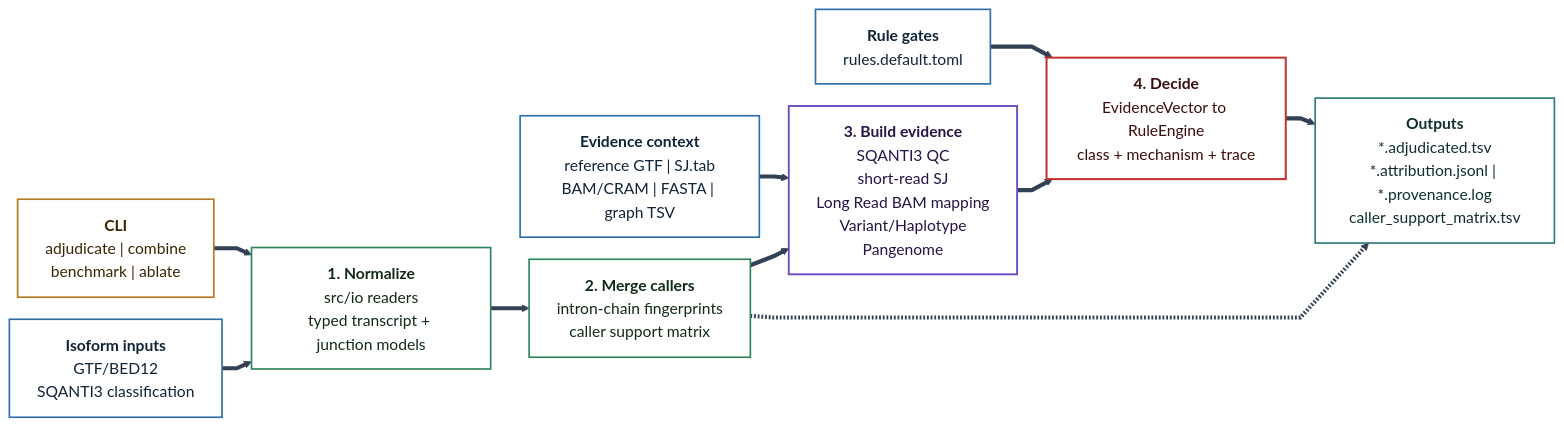
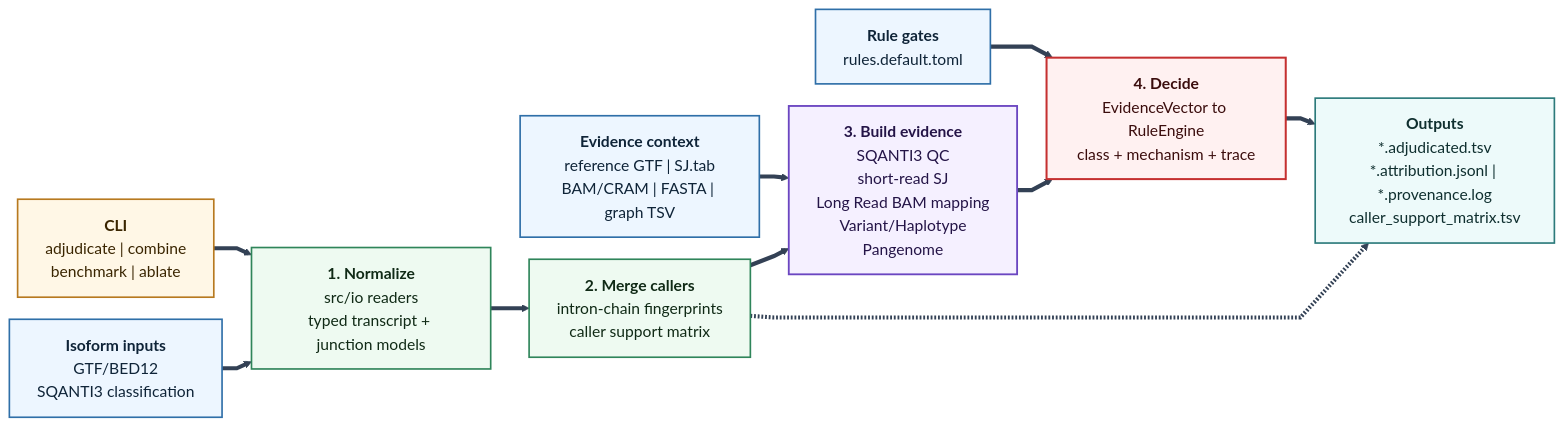
The diagram in README.md (jibeomko/PanIsoGuard), drawn with Mermaid before and after one commit.

Commit message:
docs: set architecture diagram canvas background

````diff
--- a/README.md
+++ b/README.md
@@ -216,39 +216,39 @@
 ```mermaid
-%%{init: {"theme": "base", "themeVariables": {"background": "#ffffff", "mainBkg": "#ffffff", "fontSize": "17px", "fontFamily": "Arial, sans-serif", "primaryTextColor": "#111827", "lineColor": "#334155", "arrowheadColor": "#334155"}, "flowchart": {"htmlLabels": true, "curve": "linear", "nodeSpacing": 24, "rankSpacing": 32}}}%%
+%%{init: {"theme": "base", "themeCSS": "svg { background: #ffffff; }", "themeVariables": {"background": "#ffffff", "mainBkg": "#ffffff", "fontSize": "17px", "fontFamily": "Arial, sans-serif", "primaryTextColor": "#111827", "lineColor": "#334155", "arrowheadColor": "#334155"}, "flowchart": {"htmlLabels": true, "curve": "linear", "nodeSpacing": 24, "rankSpacing": 32}}}%%
 flowchart LR
   CLI["<b>CLI</b><br/>adjudicate | combine<br/>benchmark | ablate"]
   Iso["<b>Isoform inputs</b><br/>GTF/BED12<br/>SQANTI3 classification"]
   Context["<b>Evidence context</b><br/>reference GTF | SJ.tab<br/>BAM/CRAM | FASTA | graph TSV"]
   Rules["<b>Rule gates</b><br/>rules.default.toml"]
 
   Normalize["<b>1. Normalize</b><br/>src/io readers<br/>typed transcript + junction models"]
   Consensus["<b>2. Merge callers</b><br/>intron-chain fingerprints<br/>caller support matrix"]
   Evidence["<b>3. Build evidence</b><br/>SQANTI3 QC<br/>short‑read SJ<br/>Long Read BAM mapping<br/>Variant/Haplotype<br/>Pangenome"]
   Decide["<b>4. Decide</b><br/>EvidenceVector to RuleEngine<br/>class + mechanism + trace"]
   Outputs["<b>Outputs</b><br/>*.adjudicated.tsv<br/>*.attribution.jsonl | *.provenance.log<br/>caller_support_matrix.tsv"]
 
   CLI ==> Normalize
   Iso ==> Normalize
   Normalize ==> Consensus
   Consensus ==> Evidence
   Evidence ==> Decide
   Decide ==> Outputs
   Context ==> Evidence
   Rules ==> Decide
   Consensus -.-> Outputs
 
-  classDef command fill:#ffffff,stroke:#b7791f,stroke-width:1.8px,color:#3a2500,font-size:17px;
-  classDef input fill:#ffffff,stroke:#2f6fa8,stroke-width:1.8px,color:#0f2438,font-size:17px;
-  classDef process fill:#ffffff,stroke:#2f855a,stroke-width:1.8px,color:#102a16,font-size:17px;
-  classDef evidence fill:#ffffff,stroke:#6b46c1,stroke-width:2px,color:#241447,font-size:17px;
-  classDef decision fill:#ffffff,stroke:#c53030,stroke-width:2.2px,color:#3b0d0d,font-size:17px;
-  classDef output fill:#ffffff,stroke:#2c7a7b,stroke-width:1.8px,color:#0f2f2f,font-size:17px;
+  classDef command fill:#fff7e6,stroke:#b7791f,stroke-width:1.8px,color:#3a2500,font-size:17px;
+  classDef input fill:#edf6ff,stroke:#2f6fa8,stroke-width:1.8px,color:#0f2438,font-size:17px;
+  classDef process fill:#eefaf1,stroke:#2f855a,stroke-width:1.8px,color:#102a16,font-size:17px;
+  classDef evidence fill:#f5f0ff,stroke:#6b46c1,stroke-width:2px,color:#241447,font-size:17px;
+  classDef decision fill:#fff1f1,stroke:#c53030,stroke-width:2.2px,color:#3b0d0d,font-size:17px;
+  classDef output fill:#edfafa,stroke:#2c7a7b,stroke-width:1.8px,color:#0f2f2f,font-size:17px;
 
   class CLI command;
   class Iso,Context,Rules input;
   class Normalize,Consensus process;
   class Evidence evidence;
   class Decide decision;
   class Outputs output;
   linkStyle default stroke:#334155,stroke-width:4.5px;
 ```
````
